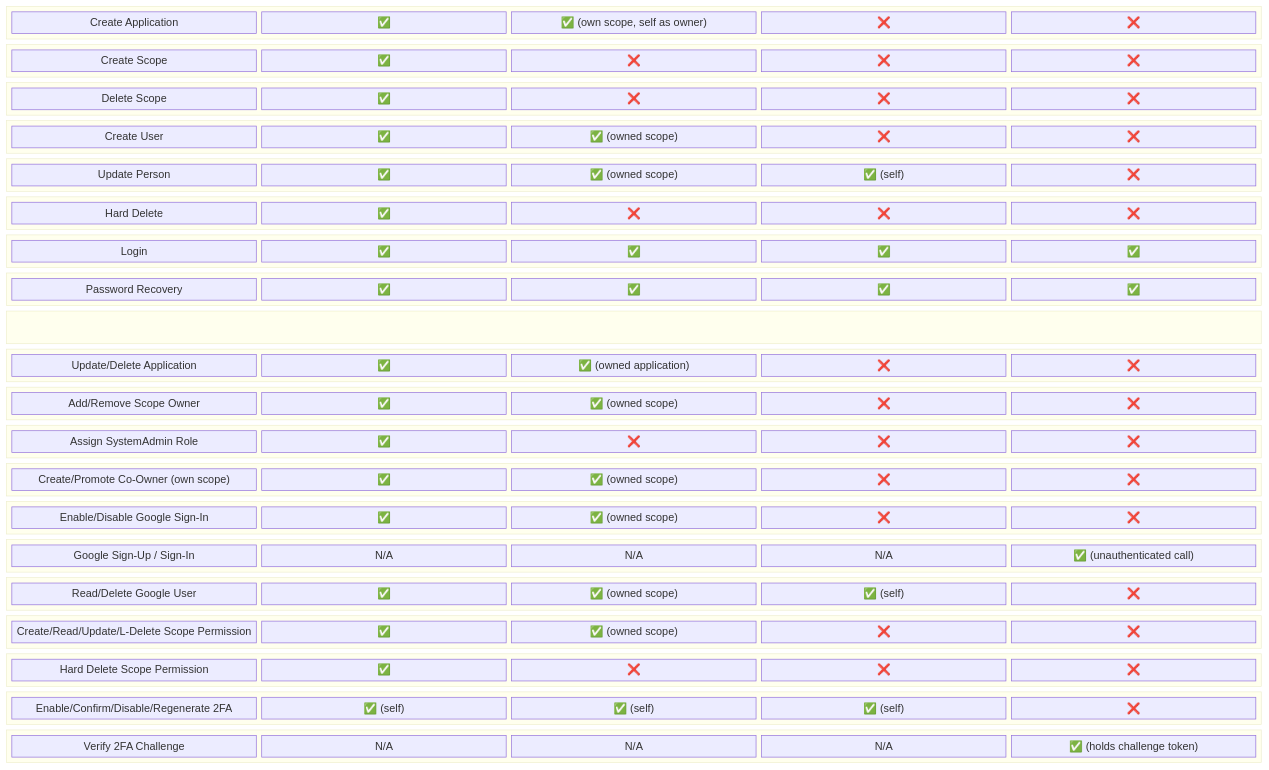
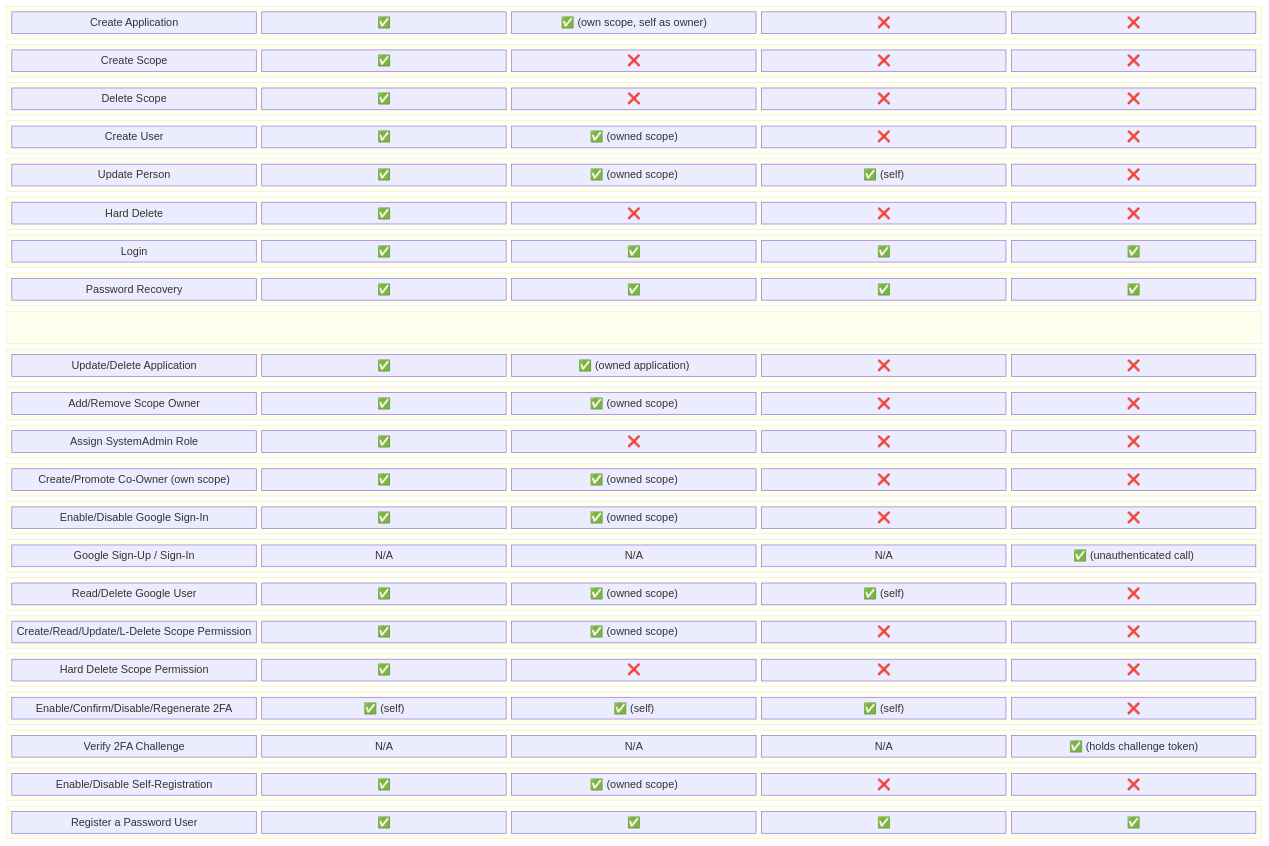
The third of 4 diagrams in docs/requirements/System Requirements Document.md (artur-rios/heimdall-api), drawn with Mermaid before and after one commit. The commit also changed other lines of this file and 2 other files, not shown here.

Commit message:
docs: specify self-registration (uc-47)

````diff
--- a/docs/requirements/System Requirements Document.md
+++ b/docs/requirements/System Requirements Document.md
@@ -836,64 +850,70 @@
 ```mermaid
 block-beta
     columns 5
     block:header:5
         H1["Action"] H2["SystemAdmin"] H3["ScopeAdmin"] H4["User"] H5["Anonymous"]
     end
     block:row1:5
         A1["Create Scope"] A2["✅"] A3["❌"] A4["❌"] A5["❌"]
     end
     block:row2:5
         B1["Delete Scope"] B2["✅"] B3["❌"] B4["❌"] B5["❌"]
     end
     block:row3:5
         C1["Create User"] C2["✅"] C3["✅ (owned scope)"] C4["❌"] C5["❌"]
     end
     block:row4:5
         D1["Update Person"] D2["✅"] D3["✅ (owned scope)"] D4["✅ (self)"] D5["❌"]
     end
     block:row5:5
         E1["Hard Delete"] E2["✅"] E3["❌"] E4["❌"] E5["❌"]
     end
     block:row6:5
         F1["Login"] F2["✅"] F3["✅"] F4["✅"] F5["✅"]
     end
     block:row7:5
         G1["Password Recovery"] G2["✅"] G3["✅"] G4["✅"] G5["✅"]
     end
     block:row8:5
         H1["Create Application"] H2["✅"] H3["✅ (own scope, self as owner)"] H4["❌"] H5["❌"]
     end
     block:row9:5
         I1["Update/Delete Application"] I2["✅"] I3["✅ (owned application)"] I4["❌"] I5["❌"]
     end
     block:row10:5
         J1["Add/Remove Scope Owner"] J2["✅"] J3["✅ (owned scope)"] J4["❌"] J5["❌"]
     end
     block:row11:5
         K1["Assign SystemAdmin Role"] K2["✅"] K3["❌"] K4["❌"] K5["❌"]
     end
     block:row12:5
         L1["Create/Promote Co-Owner (own scope)"] L2["✅"] L3["✅ (owned scope)"] L4["❌"] L5["❌"]
     end
     block:row13:5
         M1["Enable/Disable Google Sign-In"] M2["✅"] M3["✅ (owned scope)"] M4["❌"] M5["❌"]
     end
     block:row14:5
         N1["Google Sign-Up / Sign-In"] N2["N/A"] N3["N/A"] N4["N/A"] N5["✅ (unauthenticated call)"]
     end
     block:row15:5
         O1["Read/Delete Google User"] O2["✅"] O3["✅ (owned scope)"] O4["✅ (self)"] O5["❌"]
     end
     block:row16:5
         P1["Create/Read/Update/L-Delete Scope Permission"] P2["✅"] P3["✅ (owned scope)"] P4["❌"] P5["❌"]
     end
     block:row17:5
         Q1["Hard Delete Scope Permission"] Q2["✅"] Q3["❌"] Q4["❌"] Q5["❌"]
     end
     block:row18:5
         R1["Enable/Confirm/Disable/Regenerate 2FA"] R2["✅ (self)"] R3["✅ (self)"] R4["✅ (self)"] R5["❌"]
     end
     block:row19:5
         S1["Verify 2FA Challenge"] S2["N/A"] S3["N/A"] S4["N/A"] S5["✅ (holds challenge token)"]
     end
+    block:row20:5
+        T1["Enable/Disable Self-Registration"] T2["✅"] T3["✅ (owned scope)"] T4["❌"] T5["❌"]
+    end
+    block:row21:5
+        U1["Register a Password User"] U2["✅"] U3["✅"] U4["✅"] U5["✅"]
+    end
 ```
````
